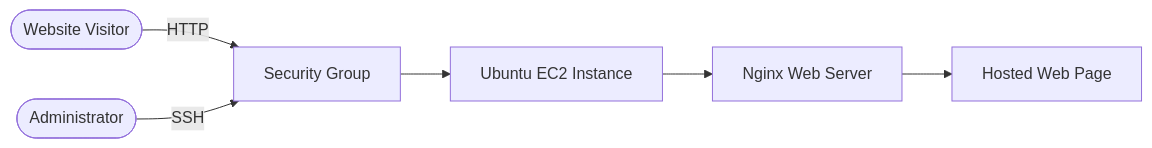
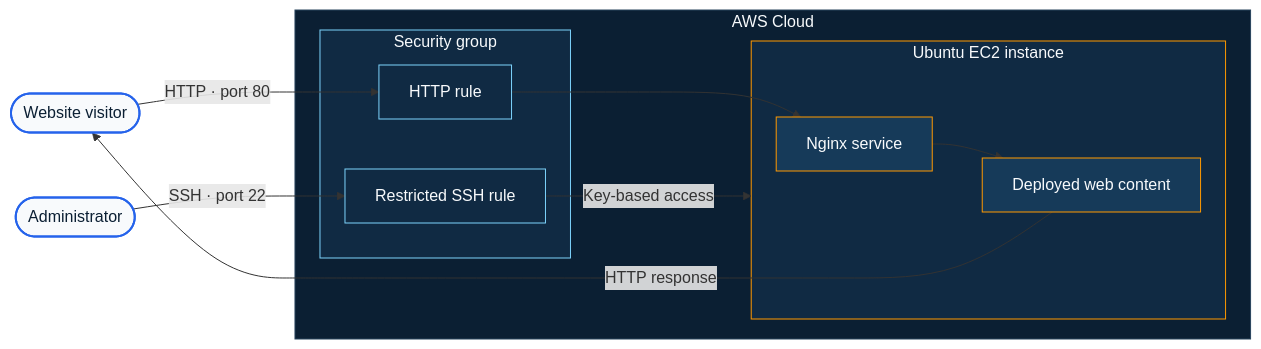
One commit to Agu-nwa/Agu-nwa changed the second of 3 diagrams in README.md. Above: the diagram before and after it, drawn with Mermaid. The commit also changed other lines of this file, not shown here.

Commit message:
Improve portfolio project diagrams

````diff
--- a/README.md
+++ b/README.md
@@ -68,8 +103,31 @@
 ```mermaid
 flowchart LR
-    Visitor([Website Visitor]) -->|HTTP| SG[Security Group]
-    Admin([Administrator]) -->|SSH| SG
-    SG --> EC2[Ubuntu EC2 Instance]
-    EC2 --> Nginx[Nginx Web Server]
-    Nginx --> Page[Hosted Web Page]
+    Visitor([Website visitor]) -->|HTTP · port 80| WebRule[HTTP rule]
+    Admin([Administrator]) -->|SSH · port 22| SSHRule[Restricted SSH rule]
+
+    subgraph AWS["AWS Cloud"]
+        subgraph SG["Security group"]
+            WebRule
+            SSHRule
+        end
+        subgraph EC2["Ubuntu EC2 instance"]
+            Nginx[Nginx service]
+            Content[Deployed web content]
+            Nginx --> Content
+        end
+    end
+
+    WebRule --> Nginx
+    SSHRule -->|Key-based access| EC2
+    Content -->|HTTP response| Visitor
+
+    classDef external fill:#f8fafc,stroke:#2563eb,color:#0b1f33,stroke-width:2px;
+    classDef control fill:#102a43,stroke:#7dd3fc,color:#f8fafc;
+    classDef aws fill:#163a59,stroke:#ff9900,color:#f8fafc;
+    class Visitor,Admin external;
+    class WebRule,SSHRule control;
+    class Nginx,Content aws;
+    style AWS fill:#0b1f33,stroke:#29445d,color:#f8fafc
+    style SG fill:#102a43,stroke:#7dd3fc,color:#f8fafc
+    style EC2 fill:#102a43,stroke:#ff9900,color:#f8fafc
 ```
````
